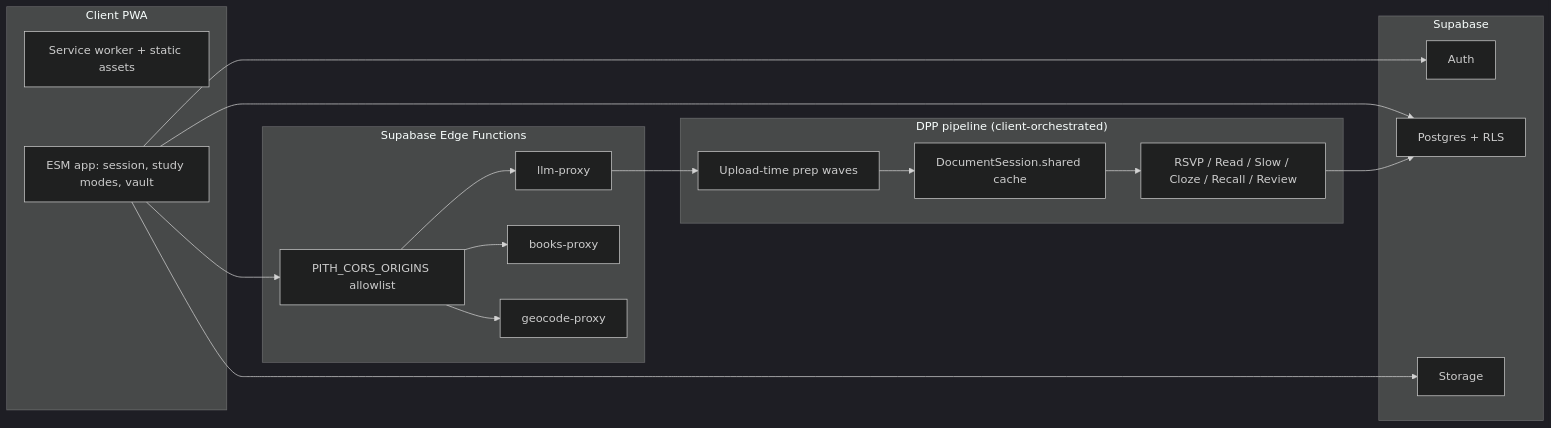
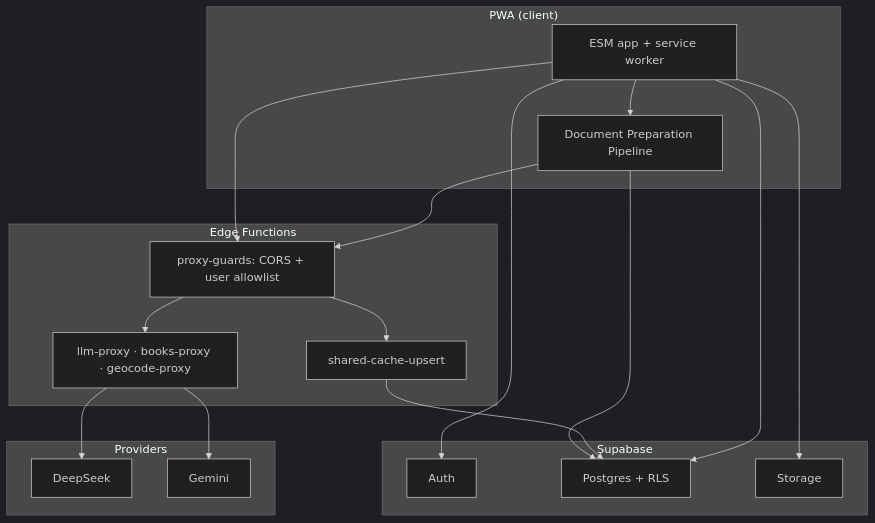
One commit to Pedrojonfg/pith changed the diagram in README.md. Above: the diagram before and after it, drawn with Mermaid (dark theme). The commit also changed other lines of this file and 20 other files, not shown here.

First line of the commit message:
Portfolio hardening: CI tests, README case study, proxy fail-closed.

````diff
--- a/README.md
+++ b/README.md
@@ -34,38 +21,37 @@
 ```mermaid
-flowchart LR
-  subgraph client["Client PWA"]
-    SW["Service worker + static assets"]
-    UI["ESM app: session, study modes, vault"]
-  end
-
-  subgraph edge["Supabase Edge Functions"]
-    LLM["llm-proxy"]
-    BOOKS["books-proxy"]
-    GEO["geocode-proxy"]
-    GUARD["PITH_CORS_ORIGINS allowlist"]
+flowchart TB
+  subgraph pwa["PWA (client)"]
+    UI["ESM app + service worker"]
+    DPP["Document Preparation Pipeline"]
+    UI --> DPP
   end
 
   subgraph supa["Supabase"]
     AUTH["Auth"]
-    DB["Postgres + RLS"]
+    PG["Postgres + RLS"]
     STOR["Storage"]
   end
 
-  subgraph dpp["DPP pipeline (client-orchestrated)"]
-    PREP["Upload-time prep waves"]
-    SHARED["DocumentSession.shared cache"]
-    MODES["RSVP / Read / Slow / Cloze / Recall / Review"]
+  subgraph edge["Edge Functions"]
+    PROXY["llm-proxy · books-proxy · geocode-proxy"]
+    CACHE["shared-cache-upsert"]
+    GUARD["proxy-guards: CORS + user allowlist"]
+  end
+
+  subgraph llm["Providers"]
+    DS["DeepSeek"]
+    GM["Gemini"]
   end
 
   UI --> AUTH
-  UI --> DB
+  UI --> PG
   UI --> STOR
+  DPP --> GUARD
   UI --> GUARD
-  GUARD --> LLM
-  GUARD --> BOOKS
-  GUARD --> GEO
-  LLM --> PREP
-  PREP --> SHARED
-  SHARED --> MODES
-  MODES --> DB
+  GUARD --> PROXY
+  GUARD --> CACHE
+  PROXY --> DS
+  PROXY --> GM
+  CACHE --> PG
+  DPP --> PG
 ```
````
